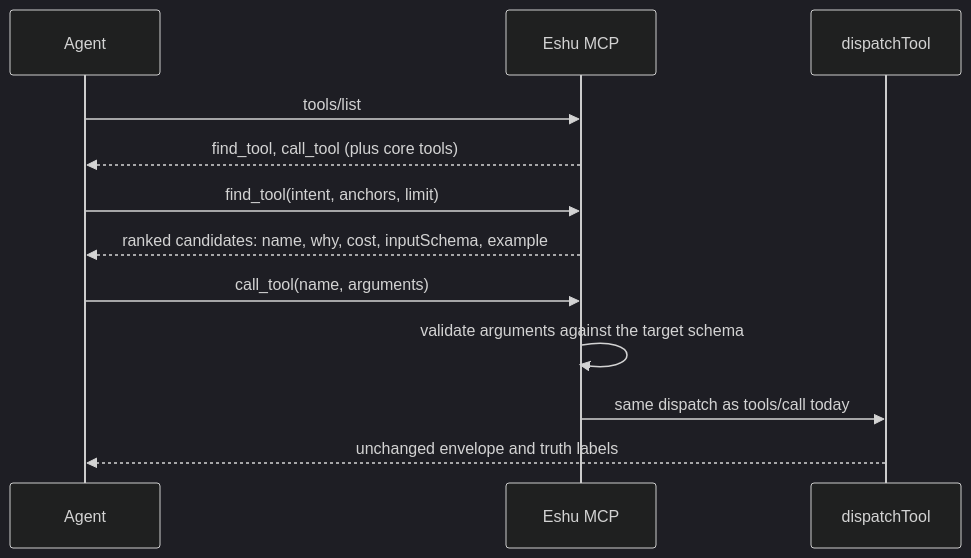
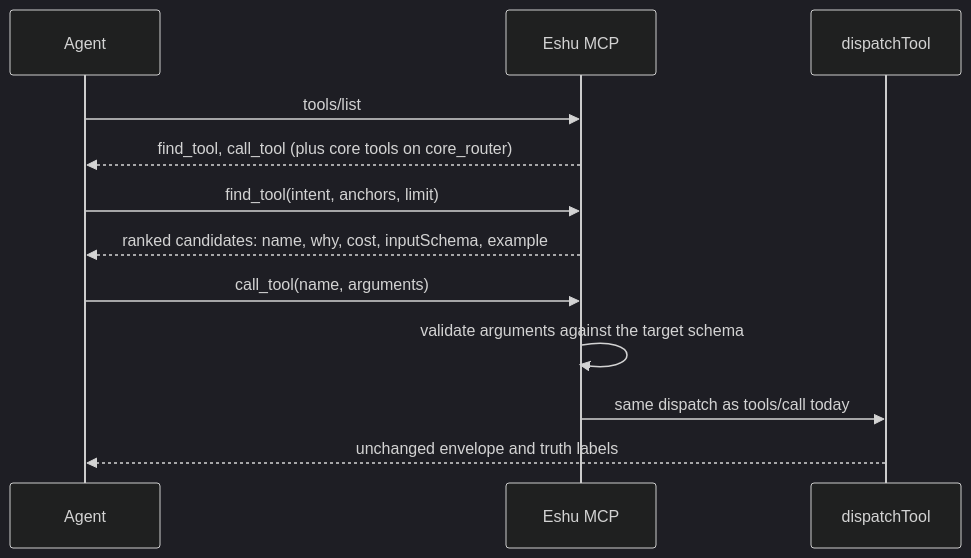
One commit to eshu-hq/eshu changed the diagram in go/internal/mcp/router/README.md. Above: the diagram before and after it, drawn with Mermaid (dark theme). The commit also changed other lines of this file, not shown here.

Commit message:
docs(mcp): tighten router README diagram and exported list
Refs #8753. Review feedback: the diagram names core tools only on core_router,
and the exported-surface list includes DefaultLimit and MaxLimit.

````diff
--- a/go/internal/mcp/router/README.md
+++ b/go/internal/mcp/router/README.md
@@ -36,14 +36,14 @@
 ```mermaid
 sequenceDiagram
   participant A as Agent
   participant M as Eshu MCP
   participant D as dispatchTool
   A->>M: tools/list
-  M-->>A: find_tool, call_tool (plus core tools)
+  M-->>A: find_tool, call_tool (plus core tools on core_router)
   A->>M: find_tool(intent, anchors, limit)
   M-->>A: ranked candidates: name, why, cost, inputSchema, example
   A->>M: call_tool(name, arguments)
   M->>M: validate arguments against the target schema
   M->>D: same dispatch as tools/call today
   D-->>A: unchanged envelope and truth labels
 ```
````
